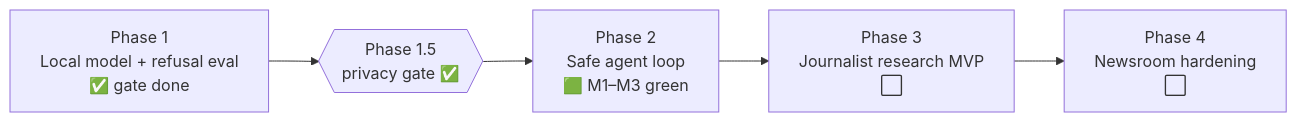
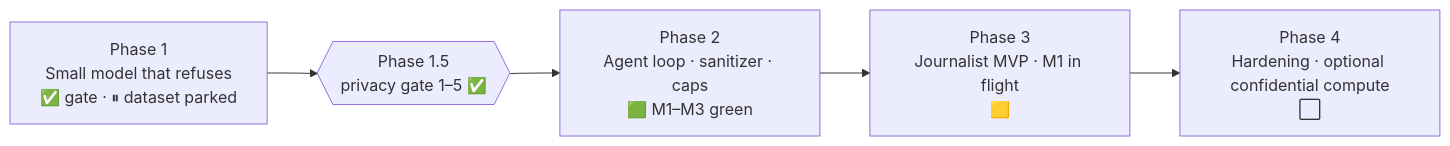
The second of 2 diagrams in README.md (9lordisgod/salomon), drawn with Mermaid before and after one commit. The commit also changed other lines of this file and 3 other files, not shown here.

Commit message:
docs: Phase 3 claims discipline (STATUS/PROGRESS/README/ARCHITECTURE)

````diff
--- a/README.md
+++ b/README.md
@@ -55,7 +56,7 @@
 ```mermaid
 flowchart LR
-  P1["Phase 1<br/>Local model + refusal eval<br/>✅ gate done"] --> G{{"Phase 1.5<br/>privacy gate ✅"}}
-  G --> P2["Phase 2<br/>Safe agent loop<br/>🟩 M1–M3 green"]
-  P2 --> P3["Phase 3<br/>Journalist research MVP<br/>⬜"]
-  P3 --> P4["Phase 4<br/>Newsroom hardening<br/>⬜"]
+  P1["Phase 1<br/>Small model that refuses<br/>✅ gate · ⏸ dataset parked"] --> G{{"Phase 1.5<br/>privacy gate 1–5 ✅"}}
+  G --> P2["Phase 2<br/>Agent loop · sanitizer · caps<br/>🟩 M1–M3 green"]
+  P2 --> P3["Phase 3<br/>Journalist MVP · M1 in flight<br/>🟨"]
+  P3 --> P4["Phase 4<br/>Hardening · optional confidential compute<br/>⬜"]
 ```
````
